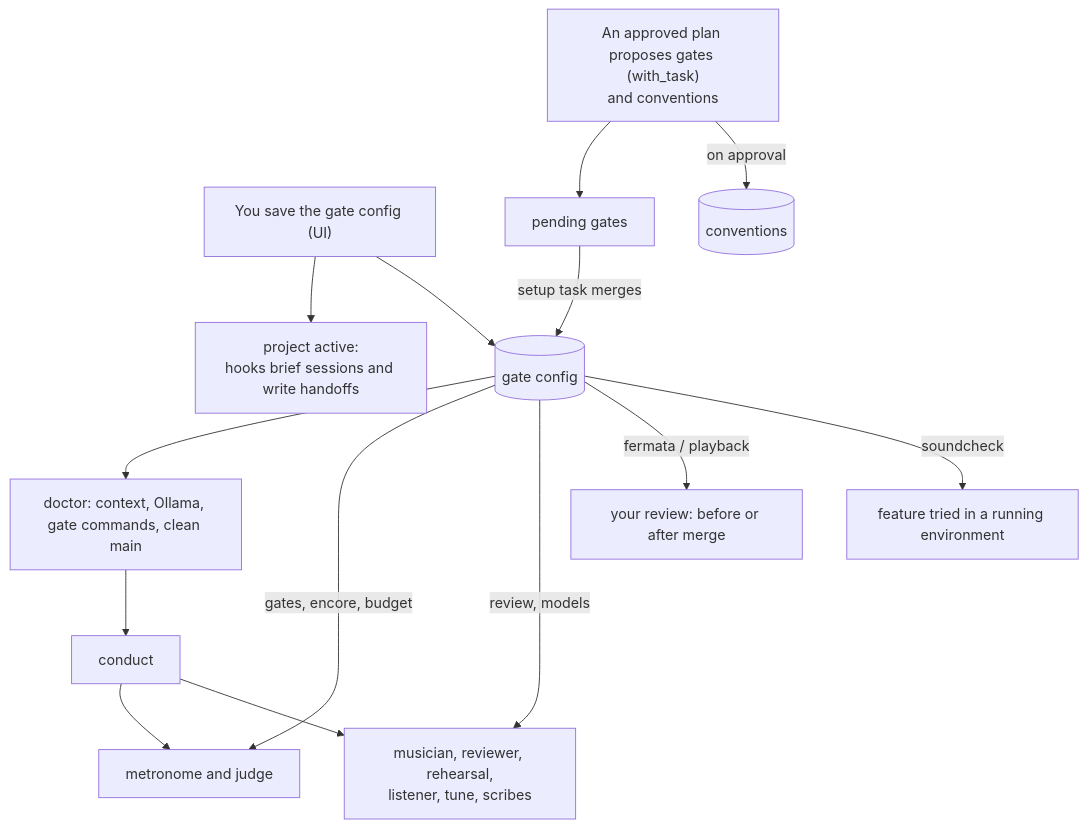
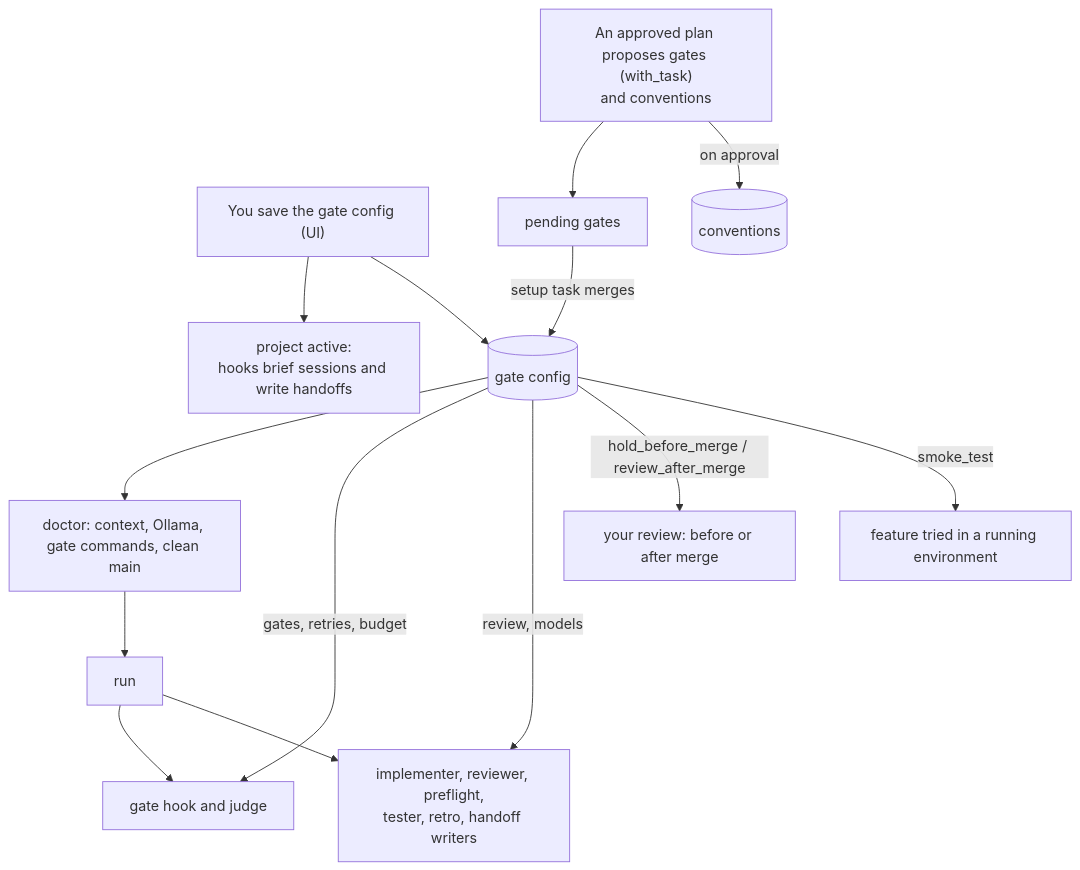
Before and after one commit to ddmfuhrmann/autonome: the diagram in docs/configuration.md, drawn with Mermaid. The commit also changed other lines of this file and 14 other files, not shown here.

````diff
--- a/docs/configuration.md
+++ b/docs/configuration.md
@@ -9,15 +9,15 @@
 ```mermaid
 flowchart TB
   save["You save the gate config (UI)"] --> active["project active:<br/>hooks brief sessions and write handoffs"]
   plan["An approved plan proposes gates (with_task)<br/>and conventions"] --> pending["pending gates"]
   pending -- "setup task merges" --> cfg[("gate config")]
   save --> cfg
   plan -- "on approval" --> conv[("conventions")]
   cfg --> doctor["doctor: context, Ollama, gate commands, clean main"]
-  doctor --> conduct["conduct"]
-  cfg -- "gates, encore, budget" --> metro["metronome and judge"]
-  cfg -- "review, models" --> agents["musician, reviewer, rehearsal,<br/>listener, tune, scribes"]
-  cfg -- "fermata / playback" --> human["your review: before or after merge"]
-  cfg -- "soundcheck" --> sc["feature tried in a running environment"]
-  conduct --> metro & agents
+  doctor --> run["run"]
+  cfg -- "gates, retries, budget" --> hook["gate hook and judge"]
+  cfg -- "review, models" --> agents["implementer, reviewer, preflight,<br/>tester, retro, handoff writers"]
+  cfg -- "hold_before_merge / review_after_merge" --> human["your review: before or after merge"]
+  cfg -- "smoke_test" --> sc["feature tried in a running environment"]
+  run --> hook & agents
 ```
````
